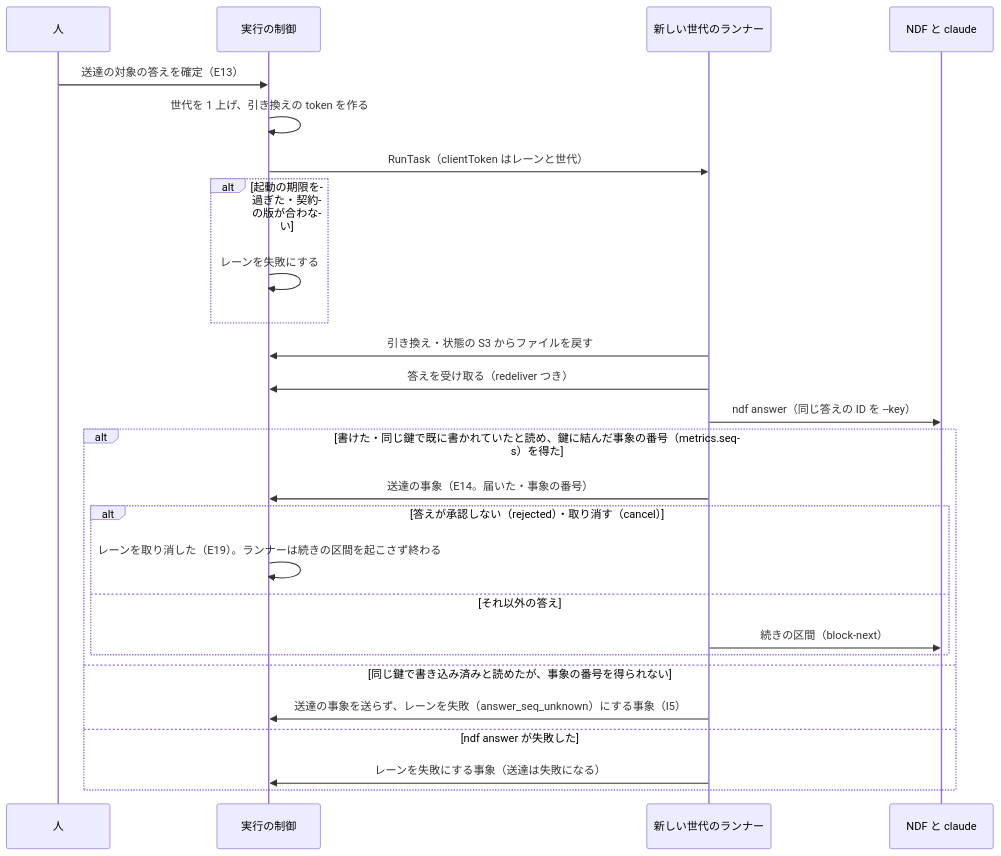
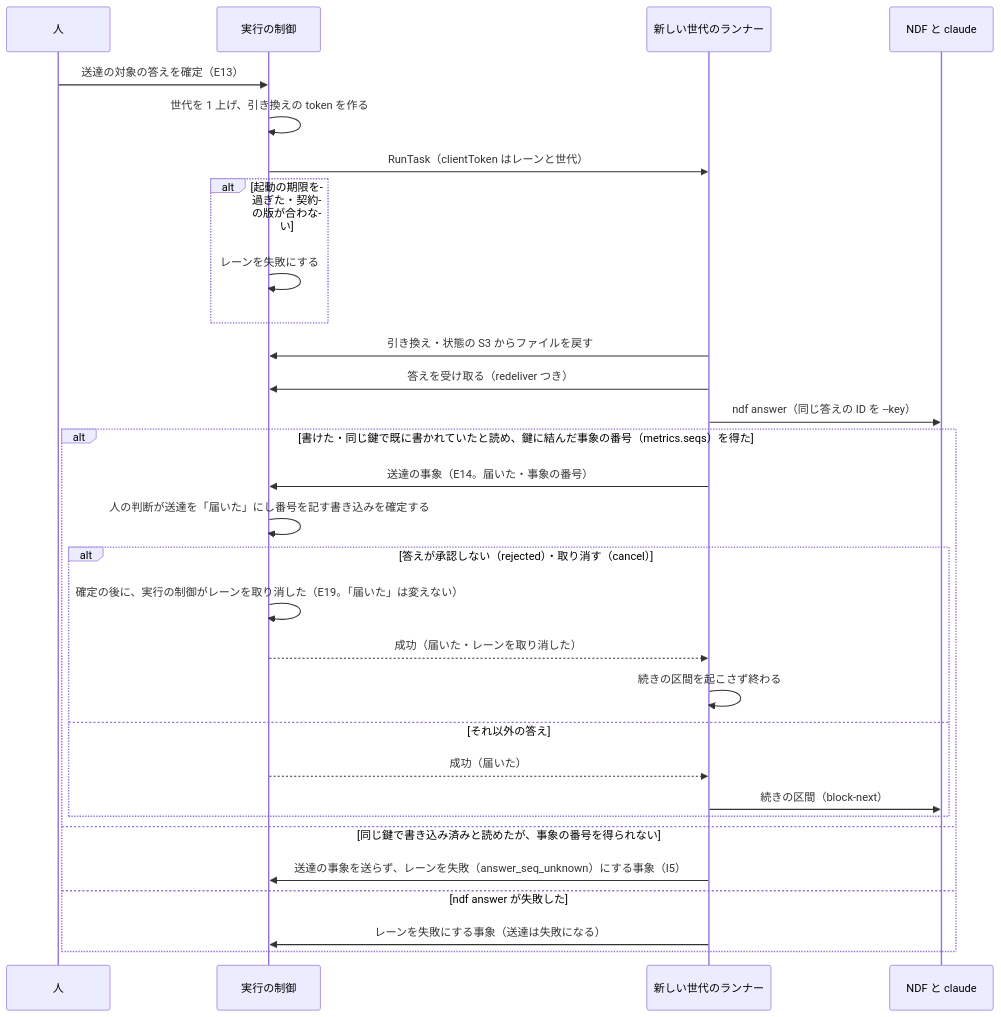
Before and after one commit to devbasex/nd-factory: the fifth of 10 diagrams in docs/design/execution.md, drawn with Mermaid. The commit also changed other lines of this file and 2 other files, not shown here.

Commit message:
Docs: #41 の cross-review の指摘に合わせ、確定から NDF までの図でも送達の成功の後に答えの語で分け、承認しない・取り消すの取り消しを送達の確定の後に実行の制御が行う順と経路を明記する（#41）

````diff
--- a/docs/design/execution.md
+++ b/docs/design/execution.md
@@ -198,28 +198,32 @@
 ```mermaid
 sequenceDiagram
     participant H as 人
     participant API as 実行の制御
     participant R as 新しい世代のランナー
     participant N as NDF と claude
     H->>API: 送達の対象の答えを確定（E13）
     API->>API: 世代を 1 上げ、引き換えの token を作る
     API->>R: RunTask（clientToken はレーンと世代）
     alt 起動の期限を過ぎた・契約の版が合わない
         API->>API: レーンを失敗にする
     end
     R->>API: 引き換え・状態の S3 からファイルを戻す
     R->>API: 答えを受け取る（redeliver つき）
     R->>N: ndf answer（同じ答えの ID を --key）
     alt 書けた・同じ鍵で既に書かれていたと読め、鍵に結んだ事象の番号（metrics.seqs）を得た
         R->>API: 送達の事象（E14。届いた・事象の番号）
+        API->>API: 人の判断が送達を「届いた」にし番号を記す書き込みを確定する
         alt 答えが承認しない（rejected）・取り消す（cancel）
-            API->>API: レーンを取り消した（E19）。ランナーは続きの区間を起こさず終わる
+            API->>API: 確定の後に、実行の制御がレーンを取り消した（E19。「届いた」は変えない）
+            API-->>R: 成功（届いた・レーンを取り消した）
+            R->>R: 続きの区間を起こさず終わる
         else それ以外の答え
+            API-->>R: 成功（届いた）
             R->>N: 続きの区間（block-next）
         end
     else 同じ鍵で書き込み済みと読めたが、事象の番号を得られない
         R->>API: 送達の事象を送らず、レーンを失敗（answer_seq_unknown）にする事象（I5）
     else ndf answer が失敗した
         R->>API: レーンを失敗にする事象（送達は失敗になる）
     end
 ```
````
